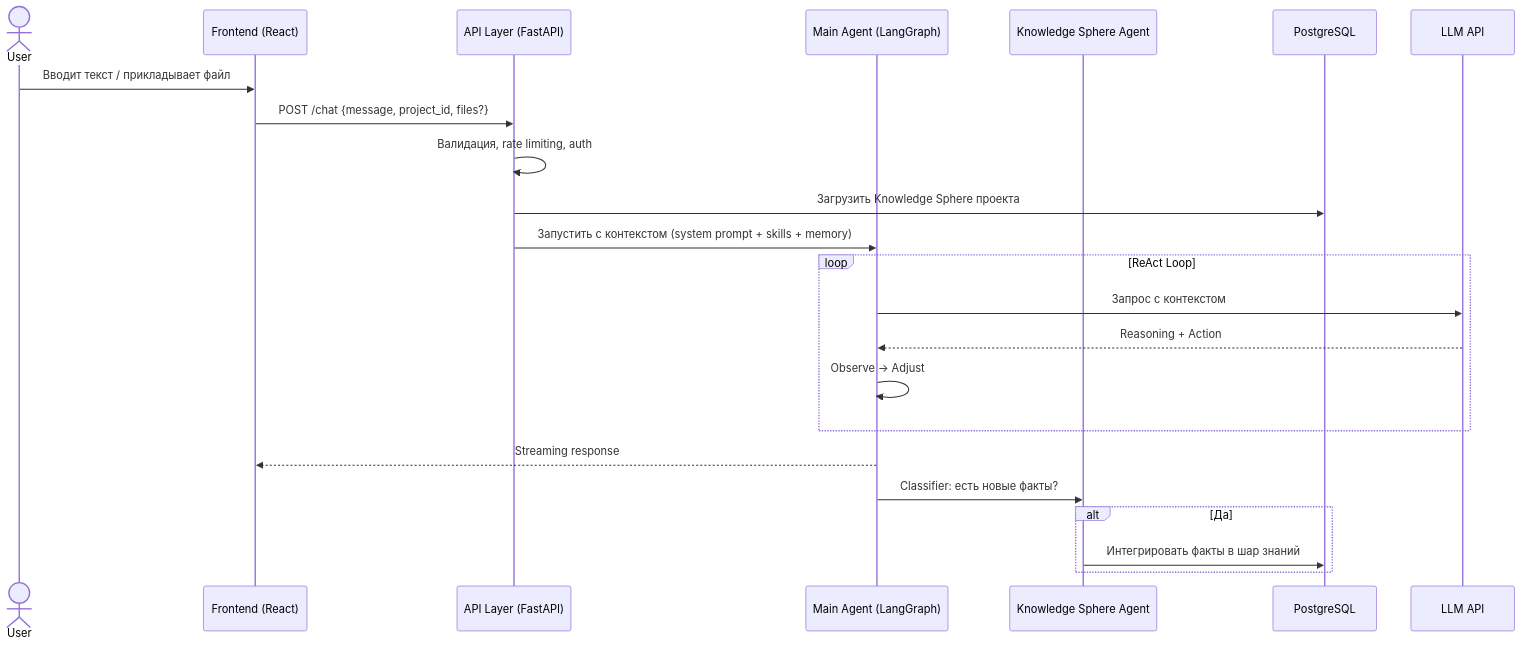
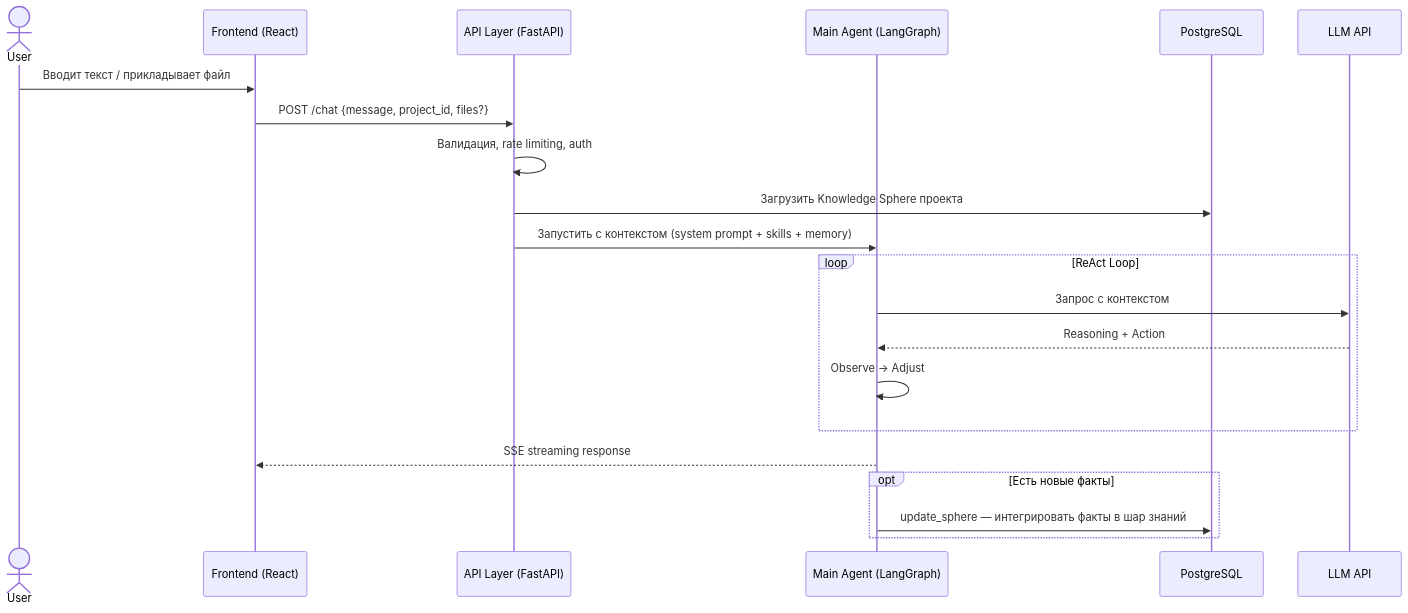
Before and after one commit to Bbar0n234/learnflow-ai: the second of 2 diagrams in doc/security/red-team-brief.md, drawn with Mermaid. The commit also changed other lines of this file and 13 other files, not shown here.

````diff
--- a/doc/security/red-team-brief.md
+++ b/doc/security/red-team-brief.md
@@ -81,29 +81,27 @@
 ```mermaid
 sequenceDiagram
     actor User
     participant FE as Frontend (React)
     participant API as API Layer (FastAPI)
     participant Agent as Main Agent (LangGraph)
-    participant KSA as Knowledge Sphere Agent
     participant DB as PostgreSQL
     participant LLM as LLM API
 
     User->>FE: Вводит текст / прикладывает файл
     FE->>API: POST /chat {message, project_id, files?}
     API->>API: Валидация, rate limiting, auth
     API->>DB: Загрузить Knowledge Sphere проекта
     API->>Agent: Запустить с контекстом (system prompt + skills + memory)
 
     loop ReAct Loop
         Agent->>LLM: Запрос с контекстом
         LLM-->>Agent: Reasoning + Action
         Agent->>Agent: Observe → Adjust
     end
 
-    Agent-->>FE: Streaming response
+    Agent-->>FE: SSE streaming response
 
-    Agent->>KSA: Classifier: есть новые факты?
-    alt Да
-        KSA->>DB: Интегрировать факты в шар знаний
+    opt Есть новые факты
+        Agent->>DB: update_sphere — интегрировать факты в шар знаний
     end
 ```
````
